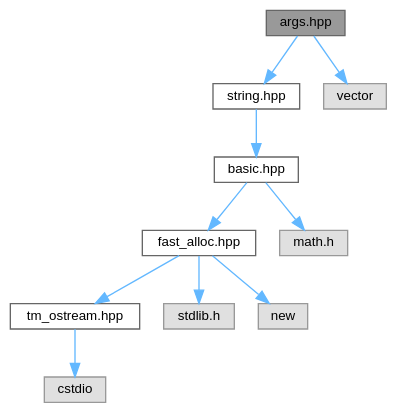
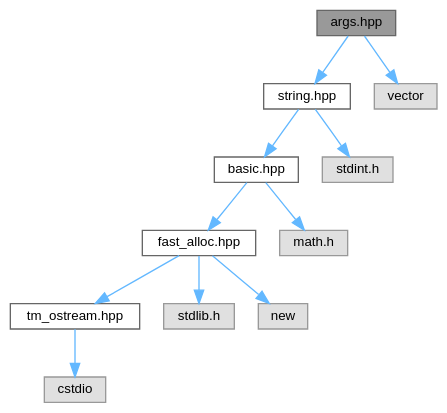
Before and after one commit to XmacsLabs/lolly: the diagram in args_8hpp__incl.dot, drawn with Graphviz. The commit also changed 1086 other files, not shown here.

```diff
--- a/args_8hpp__incl.dot
+++ b/args_8hpp__incl.dot
@@ -1,26 +1,28 @@
 digraph "args.hpp"
 {
  // LATEX_PDF_SIZE
   bgcolor="transparent";
   edge [fontname=Helvetica,fontsize=10,labelfontname=Helvetica,labelfontsize=10];
   node [fontname=Helvetica,fontsize=10,shape=box,height=0.2,width=0.4];
   Node1 [id="Node000001",label="args.hpp",height=0.2,width=0.4,color="gray40", fillcolor="grey60", style="filled", fontcolor="black",tooltip=" "];
   Node1 -> Node2 [id="edge1_Node000001_Node000002",color="steelblue1",style="solid",tooltip=" "];
   Node2 [id="Node000002",label="string.hpp",height=0.2,width=0.4,color="grey40", fillcolor="white", style="filled",URL="$string_8hpp.html",tooltip=" "];
   Node2 -> Node3 [id="edge2_Node000002_Node000003",color="steelblue1",style="solid",tooltip=" "];
   Node3 [id="Node000003",label="basic.hpp",height=0.2,width=0.4,color="grey40", fillcolor="white", style="filled",URL="$basic_8hpp.html",tooltip=" "];
   Node3 -> Node4 [id="edge3_Node000003_Node000004",color="steelblue1",style="solid",tooltip=" "];
   Node4 [id="Node000004",label="fast_alloc.hpp",height=0.2,width=0.4,color="grey40", fillcolor="white", style="filled",URL="$fast__alloc_8hpp.html",tooltip=" "];
   Node4 -> Node5 [id="edge4_Node000004_Node000005",color="steelblue1",style="solid",tooltip=" "];
   Node5 [id="Node000005",label="tm_ostream.hpp",height=0.2,width=0.4,color="grey40", fillcolor="white", style="filled",URL="$tm__ostream_8hpp.html",tooltip=" "];
   Node5 -> Node6 [id="edge5_Node000005_Node000006",color="steelblue1",style="solid",tooltip=" "];
   Node6 [id="Node000006",label="cstdio",height=0.2,width=0.4,color="grey60", fillcolor="#E0E0E0", style="filled",tooltip=" "];
   Node4 -> Node7 [id="edge6_Node000004_Node000007",color="steelblue1",style="solid",tooltip=" "];
   Node7 [id="Node000007",label="stdlib.h",height=0.2,width=0.4,color="grey60", fillcolor="#E0E0E0", style="filled",tooltip=" "];
   Node4 -> Node8 [id="edge7_Node000004_Node000008",color="steelblue1",style="solid",tooltip=" "];
   Node8 [id="Node000008",label="new",height=0.2,width=0.4,color="grey60", fillcolor="#E0E0E0", style="filled",tooltip=" "];
   Node3 -> Node9 [id="edge8_Node000003_Node000009",color="steelblue1",style="solid",tooltip=" "];
   Node9 [id="Node000009",label="math.h",height=0.2,width=0.4,color="grey60", fillcolor="#E0E0E0", style="filled",tooltip=" "];
-  Node1 -> Node10 [id="edge9_Node000001_Node000010",color="steelblue1",style="solid",tooltip=" "];
-  Node10 [id="Node000010",label="vector",height=0.2,width=0.4,color="grey60", fillcolor="#E0E0E0", style="filled",tooltip=" "];
+  Node2 -> Node10 [id="edge9_Node000002_Node000010",color="steelblue1",style="solid",tooltip=" "];
+  Node10 [id="Node000010",label="stdint.h",height=0.2,width=0.4,color="grey60", fillcolor="#E0E0E0", style="filled",tooltip=" "];
+  Node1 -> Node11 [id="edge10_Node000001_Node000011",color="steelblue1",style="solid",tooltip=" "];
+  Node11 [id="Node000011",label="vector",height=0.2,width=0.4,color="grey60", fillcolor="#E0E0E0", style="filled",tooltip=" "];
 }
```
